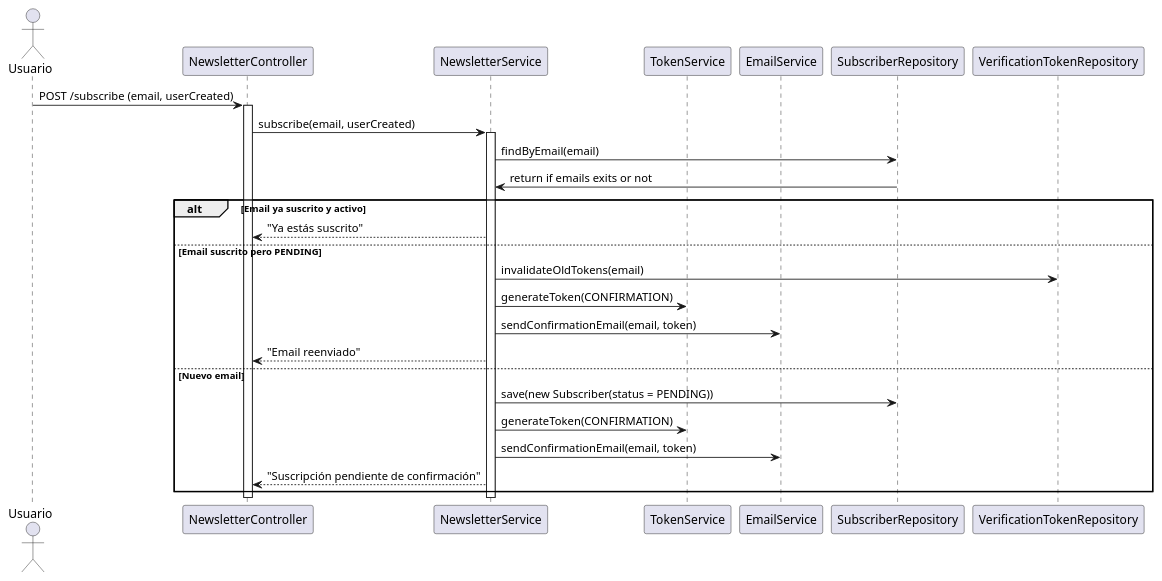
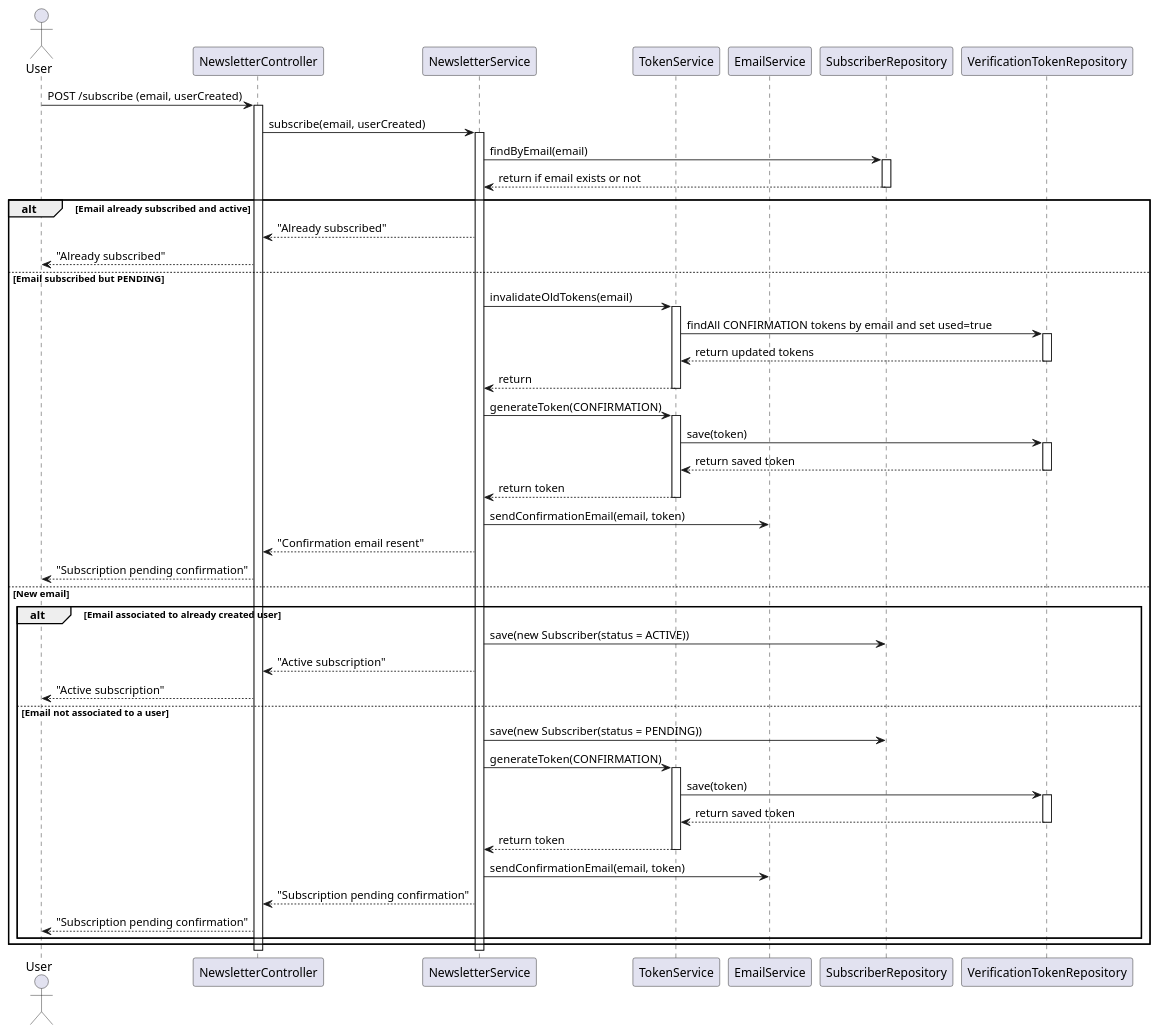
One commit to raullopezpenalva/Newsletter-Service changed the diagram in plantUML/subscribe_sequence_diagram.puml. Above: the diagram before and after it, drawn with PlantUML. The commit also changed 24 other files, not shown here.

First line of the commit message:
Add Docker support, PostgreSQL configuration, and email service for newsletter management

```diff
--- a/plantUML/subscribe_sequence_diagram.puml
+++ b/plantUML/subscribe_sequence_diagram.puml
@@ -1,37 +1,70 @@
 @startuml subscribe_sequence_diagram
-actor Usuario
+actor User
 
 participant "NewsletterController" as Controller
 participant "NewsletterService" as Service
 participant "TokenService" as TokenService
 participant "EmailService" as EmailService
 participant "SubscriberRepository" as Repo
 participant "VerificationTokenRepository" as TokenRepo
 
-Usuario -> Controller : POST /subscribe (email, userCreated)
+User -> Controller : POST /subscribe (email, userCreated)
 
 activate Controller
 Controller -> Service : subscribe(email, userCreated)
 activate Service
 
 Service -> Repo : findByEmail(email)
+activate Repo
+Repo --> Service : return if email exists or not
+deactivate Repo
 
-Repo -> Service : return if emails exits or not
-alt Email ya suscrito y activo
-    Service --> Controller : "Ya estás suscrito"
-else Email suscrito pero PENDING
-    Service -> TokenRepo : invalidateOldTokens(email)
+alt Email already subscribed and active
+    Service --> Controller : "Already subscribed"
+    Controller --> User : "Already subscribed"
+else Email subscribed but PENDING
+    Service -> TokenService : invalidateOldTokens(email)
+    activate TokenService
+    TokenService -> TokenRepo : findAll CONFIRMATION tokens by email and set used=true
+    activate TokenRepo
+    TokenRepo --> TokenService : return updated tokens
+    deactivate TokenRepo
+    TokenService --> Service : return
+    deactivate TokenService
     Service -> TokenService : generateToken(CONFIRMATION)
+    activate TokenService
+    TokenService -> TokenRepo : save(token)
+    activate TokenRepo
+    TokenRepo --> TokenService : return saved token
+    deactivate TokenRepo
+    TokenService --> Service : return token
+    deactivate TokenService
     Service -> EmailService : sendConfirmationEmail(email, token)
-    Service --> Controller : "Email reenviado"
-else Nuevo email
+    Service --> Controller : "Confirmation email resent"
+    Controller --> User : "Subscription pending confirmation"
+else New email
+    alt Email associated to already created user
+    Service -> Repo : save(new Subscriber(status = ACTIVE))
+    Service --> Controller : "Active subscription"
+    Controller --> User : "Active subscription"
+
+    else Email not associated to a user
     Service -> Repo : save(new Subscriber(status = PENDING))
     Service -> TokenService : generateToken(CONFIRMATION)
+    activate TokenService
+    TokenService -> TokenRepo : save(token)
+    activate TokenRepo
+    TokenRepo --> TokenService : return saved token
+    deactivate TokenRepo
+    TokenService --> Service : return token
+    deactivate TokenService
     Service -> EmailService : sendConfirmationEmail(email, token)
-    Service --> Controller : "Suscripción pendiente de confirmación"
+    Service --> Controller : "Subscription pending confirmation"
+    Controller --> User : "Subscription pending confirmation"
+    end
 end
 
 deactivate Service
 deactivate Controller
 
 @enduml
```
